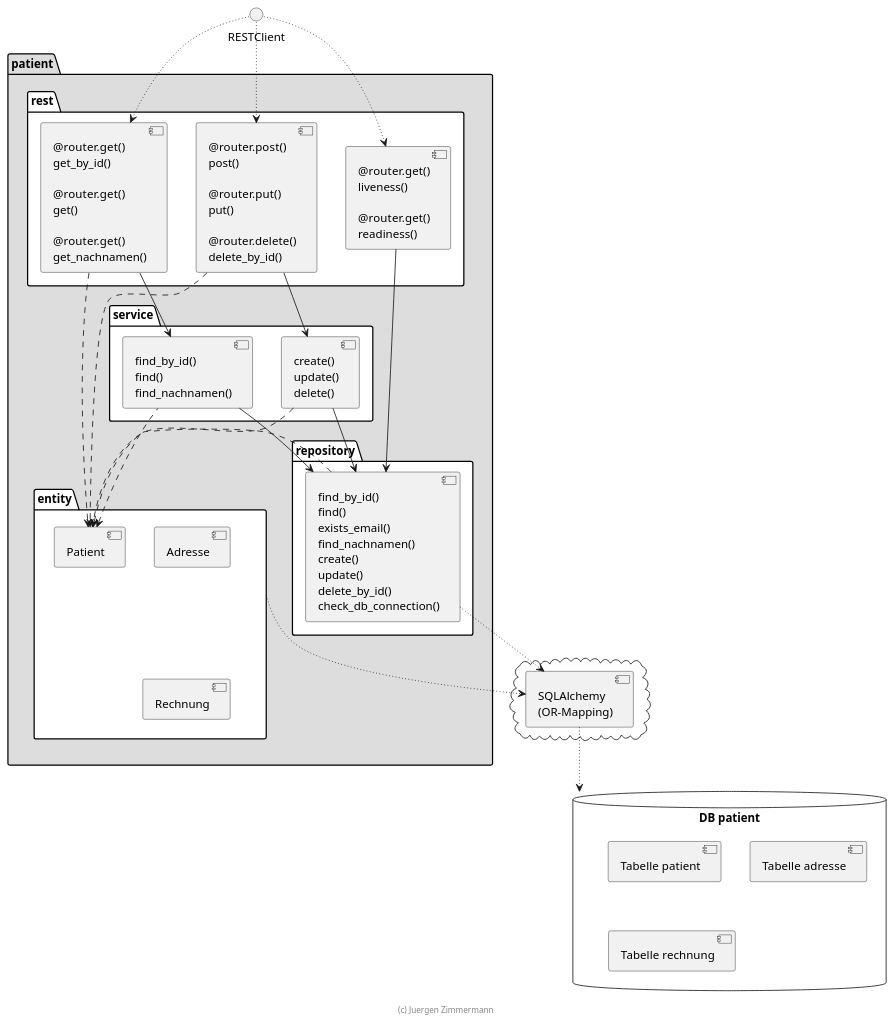
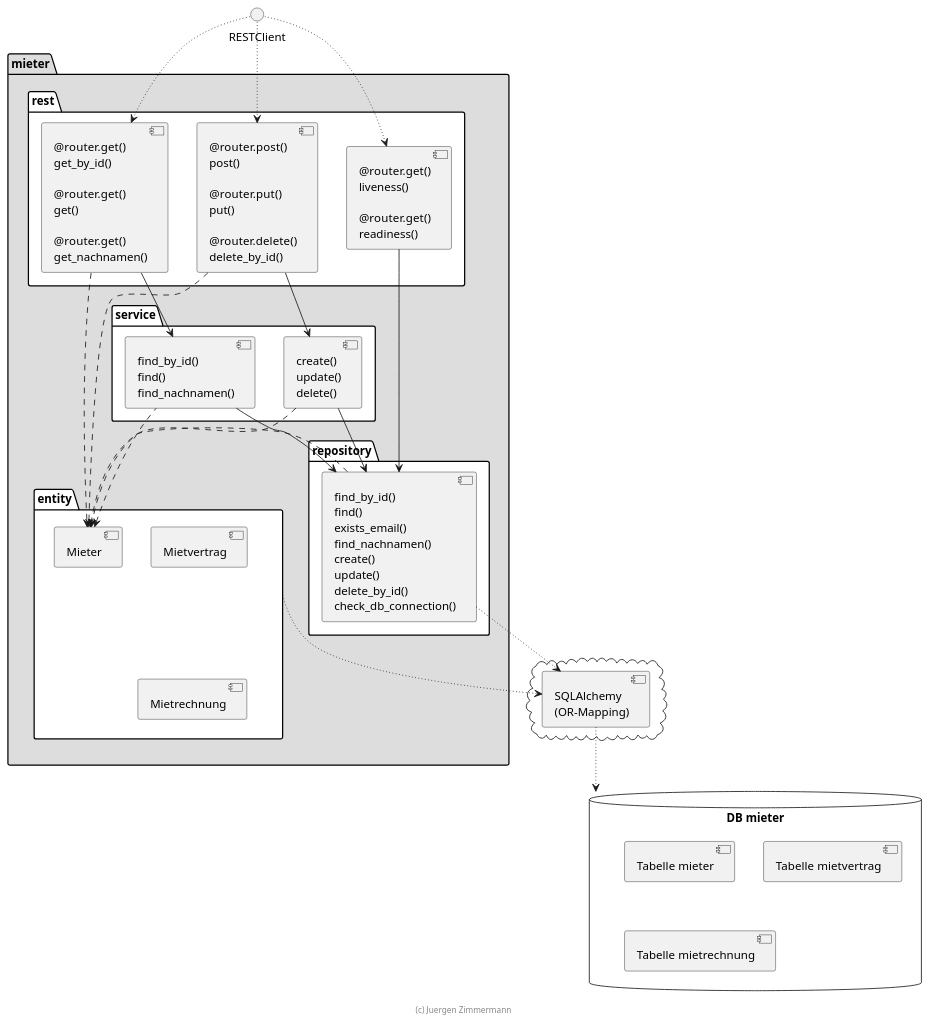
The diagram in docs/diagramme/src/schichtenarchitektur.plantuml (Codechandra1919/fastapi), drawn with PlantUML before and after one commit. The commit also changed 269 other files, not shown here.

```diff
--- a/docs/diagramme/src/schichtenarchitektur.plantuml
+++ b/docs/diagramme/src/schichtenarchitektur.plantuml
@@ -18,65 +18,65 @@
 @startuml Schichtenarchitektur
 
-package patient #DDDDDD {
+package mieter #DDDDDD {
     package rest #FFFFFF {
-        [@router.get()\nget_by_id()\n\n@router.get()\nget()\n\n@router.get()\nget_nachnamen()] as PatientGetController
-        [@router.post()\npost()\n\n@router.put()\nput()\n\n@router.delete()\ndelete_by_id()] as PatientWriteController
+        [@router.get()\nget_by_id()\n\n@router.get()\nget()\n\n@router.get()\nget_nachnamen()] as MieterGetController
+        [@router.post()\npost()\n\n@router.put()\nput()\n\n@router.delete()\ndelete_by_id()] as MieterWriteController
         [@router.get()\nliveness()\n\n@router.get()\nreadiness()] as HealthController
 
-        [PatientGetController] -right[hidden]-> [PatientWriteController]
+        [MieterGetController] -right[hidden]-> [MieterWriteController]
     }
 
     package service #FFFFFF {
-        [find_by_id()\nfind()\nfind_nachnamen()] as PatientReadService
-        [create()\nupdate()\ndelete()] as PatientWriteService
+        [find_by_id()\nfind()\nfind_nachnamen()] as MieterReadService
+        [create()\nupdate()\ndelete()] as MieterWriteService
     }
 
-    [PatientGetController] --> [PatientReadService]
-    [PatientWriteController] --> [PatientWriteService]
+    [MieterGetController] --> [MieterReadService]
+    [MieterWriteController] --> [MieterWriteService]
 
     package repository #FFFFFF {
-        [find_by_id()\nfind()\nexists_email()\nfind_nachnamen()\ncreate()\nupdate()\ndelete_by_id()\ncheck_db_connection()] as PatientRepository
+        [find_by_id()\nfind()\nexists_email()\nfind_nachnamen()\ncreate()\nupdate()\ndelete_by_id()\ncheck_db_connection()] as MieterRepository
     }
 
-    [PatientReadService] --> [PatientRepository]
-    [PatientWriteService] --> [PatientRepository]
-    [HealthController] --> [PatientRepository]
+    [MieterReadService] --> [MieterRepository]
+    [MieterWriteService] --> [MieterRepository]
+    [HealthController] --> [MieterRepository]
 
     package entity #FFFFFF {
-        [Patient]
-        [Adresse]
-        [Rechnung]
+        [Mieter]
+        [Mietvertrag]
+        [Mietrechnung]
 
-        [Patient] -right[hidden]-> [Adresse]
-        [Adresse] -down[hidden]-> [Rechnung]
+        [Mieter] -right[hidden]-> [Mietvertrag]
+        [Mietvertrag] -down[hidden]-> [Mietrechnung]
     }
 
-    [PatientGetController] ..> [Patient]
-    [PatientWriteController] ..> [Patient]
-    [PatientReadService] .left.> [Patient]
-    [PatientWriteService] ..> [Patient]
-    [PatientRepository] ..> [Patient]
+    [MieterGetController] ..> [Mieter]
+    [MieterWriteController] ..> [Mieter]
+    [MieterReadService] .left.> [Mieter]
+    [MieterWriteService] ..> [Mieter]
+    [MieterRepository] ..> [Mieter]
 }
 
-RESTClient ~~> [PatientGetController]
-RESTClient ~~> [PatientWriteController]
+RESTClient ~~> [MieterGetController]
+RESTClient ~~> [MieterWriteController]
 RESTClient ~~> [HealthController]
 
 cloud {
     [SQLAlchemy\n(OR-Mapping)] as SQLAlchemy
 }
 
-[PatientRepository] ~down~> [SQLAlchemy]
+[MieterRepository] ~down~> [SQLAlchemy]
 entity ~~> [SQLAlchemy]
 
-database "DB patient" as db {
-    [Tabelle patient]
-    [Tabelle adresse]
-    [Tabelle rechnung]
+database "DB mieter" as db {
+    [Tabelle mieter]
+    [Tabelle mietvertrag]
+    [Tabelle mietrechnung]
 }
 
 [SQLAlchemy] ~down~> db
 
 footer (c) Juergen Zimmermann
 
 @enduml
```
